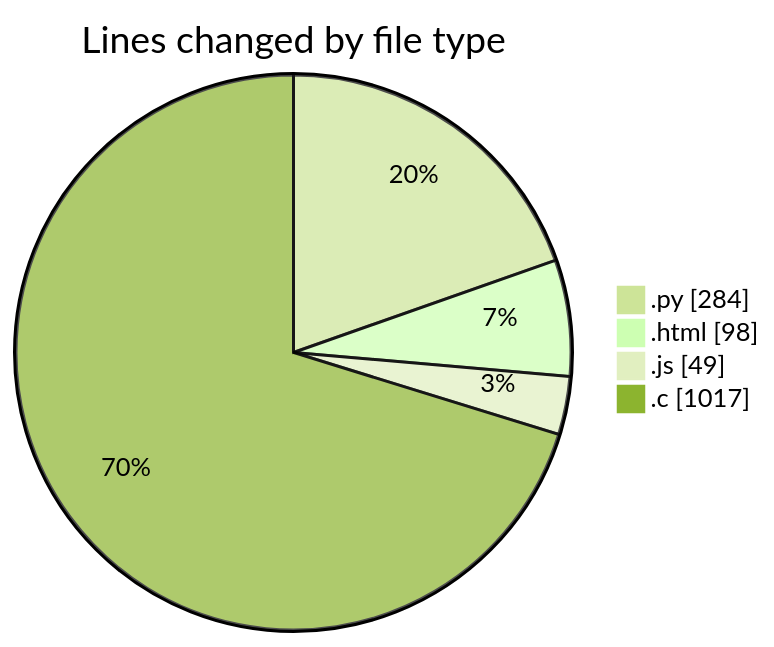
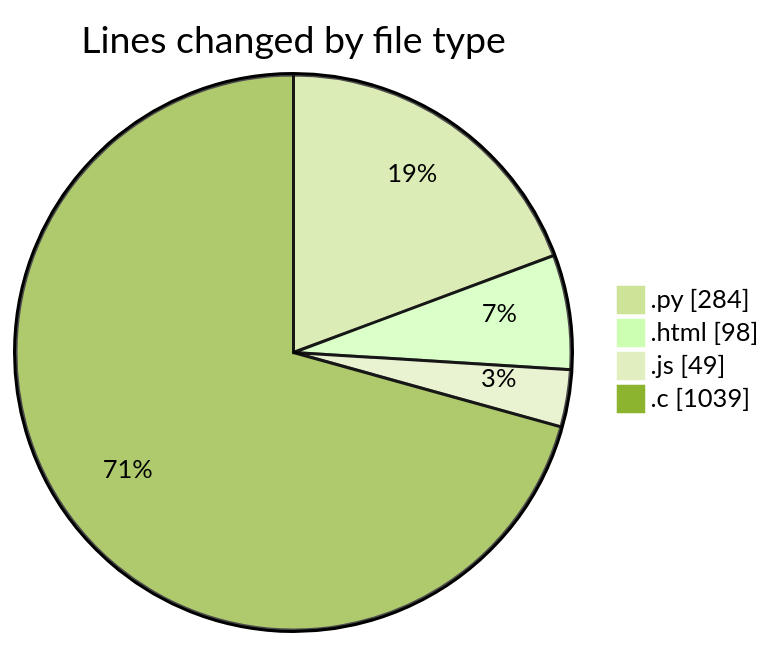
The first of 2 diagrams in 2025-01-21/projects/README.md (Ritupan-Deka/code-tracking), drawn with Mermaid (forest theme) before and after one commit. The commit also changed other lines of this file and 1 other file, not shown here.

````diff
--- a/2025-01-21/projects/README.md
+++ b/2025-01-21/projects/README.md
@@ -31,8 +31,8 @@
 ```mermaid
 pie showData
 title Lines changed by file type
 ".py" : 284
 ".html" : 98
 ".js" : 49
-".c" : 1017
+".c" : 1039
 ```
````
